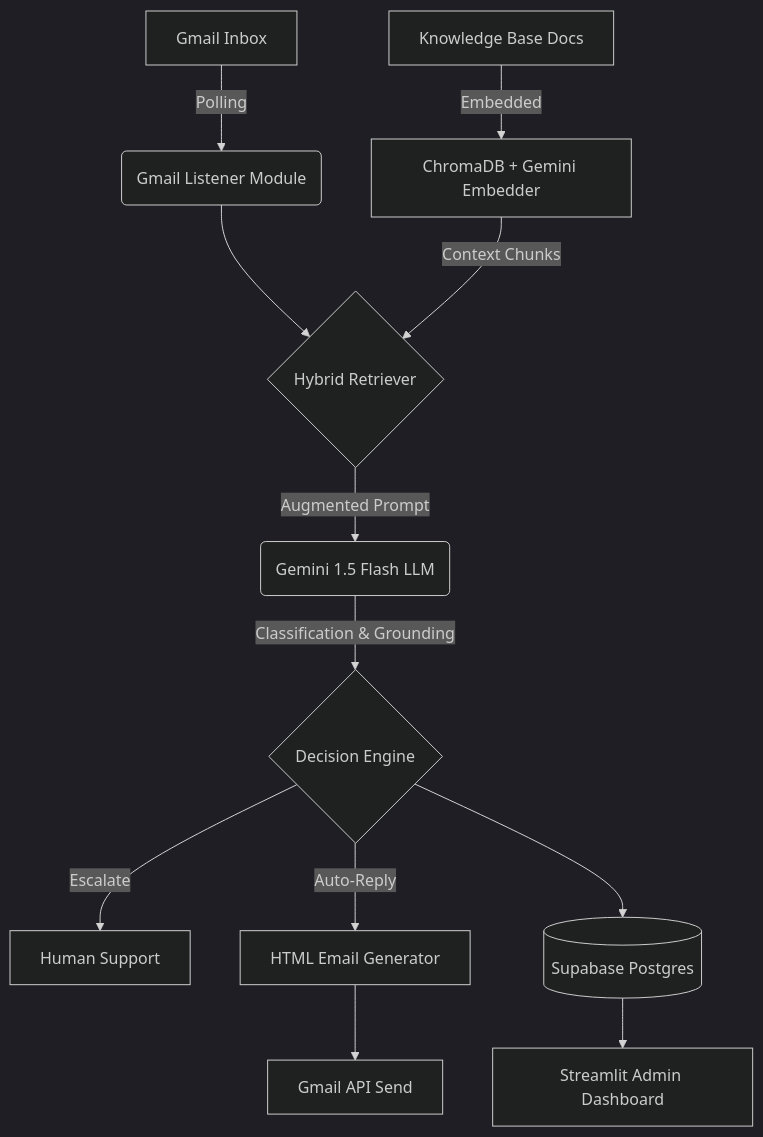
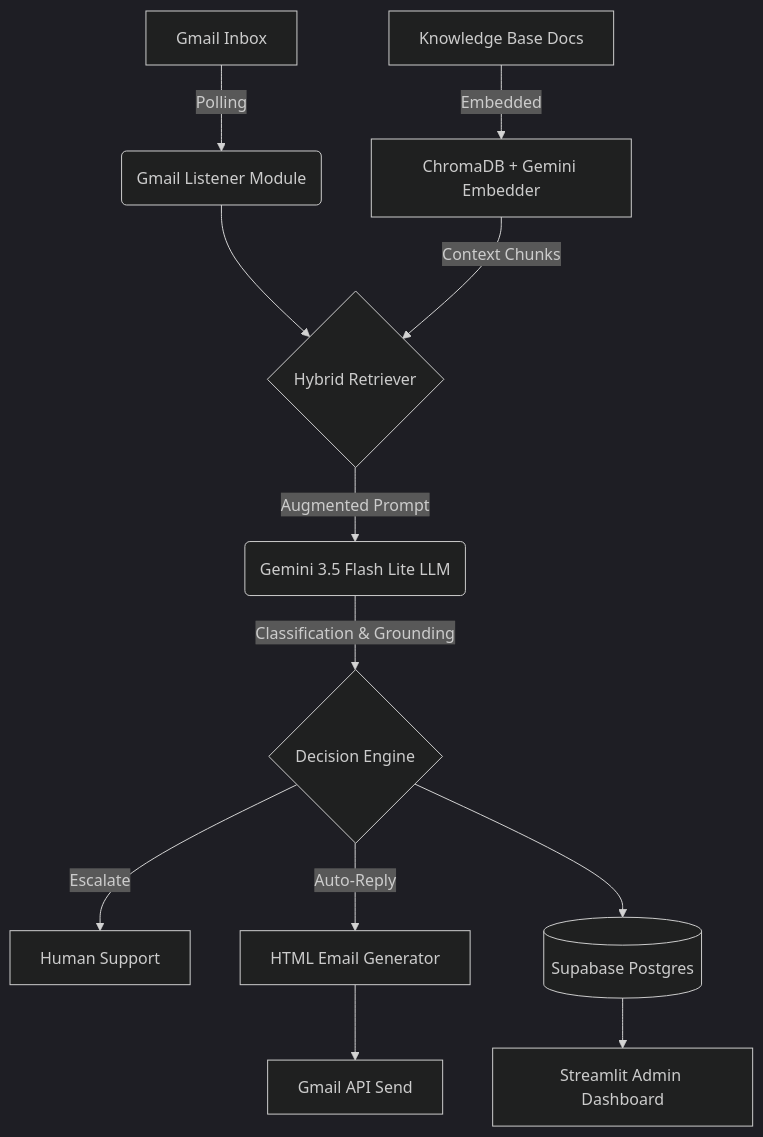
Before and after one commit to Naveenk654/pw-triage-agent: the diagram in README.md, drawn with Mermaid (dark theme).

Commit message:
Update Mermaid diagram to correctly label Gemini 3.5 Flash Lite

````diff
--- a/README.md
+++ b/README.md
@@ -73,14 +73,14 @@
 ```mermaid
 graph TD
     A[Gmail Inbox] -->|Polling| B(Gmail Listener Module)
     B --> C{Hybrid Retriever}
     E[Knowledge Base Docs] -->|Embedded| D[ChromaDB + Gemini Embedder]
     D -->|Context Chunks| C
-    C -->|Augmented Prompt| F(Gemini 1.5 Flash LLM)
+    C -->|Augmented Prompt| F(Gemini 3.5 Flash Lite LLM)
     F -->|Classification & Grounding| G{Decision Engine}
     G -->|Escalate| H[Human Support]
     G -->|Auto-Reply| I[HTML Email Generator]
     I --> J[Gmail API Send]
     G --> K[(Supabase Postgres)]
     K --> L[Streamlit Admin Dashboard]
 ```
````
